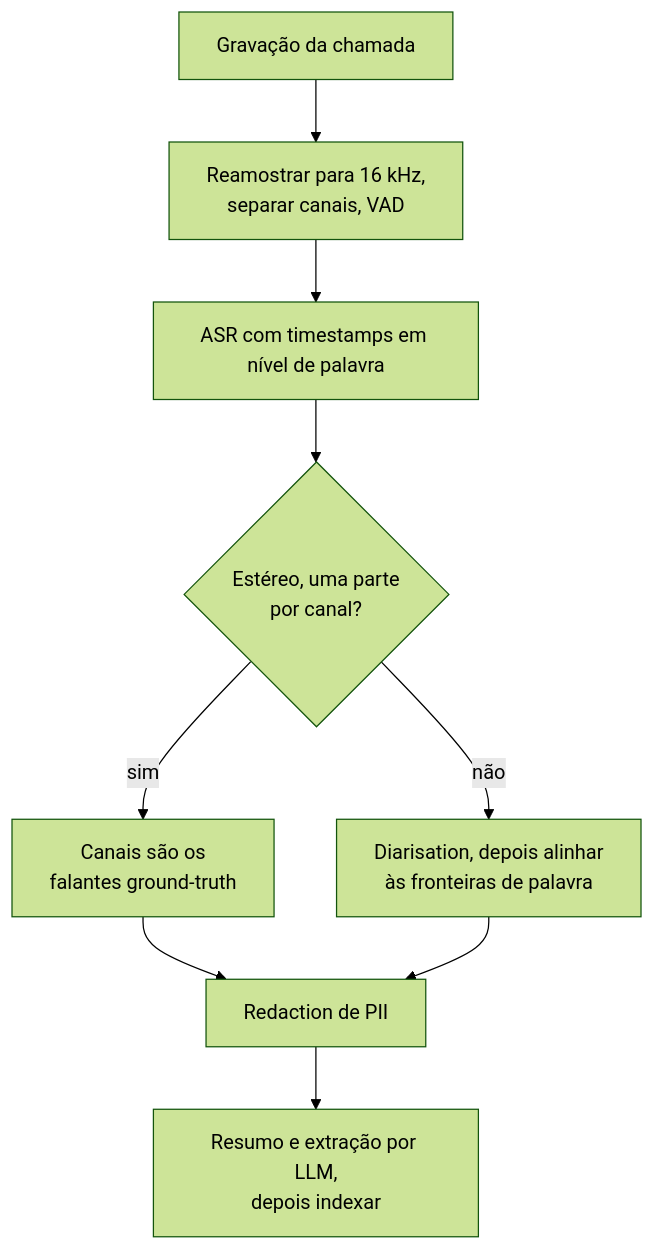
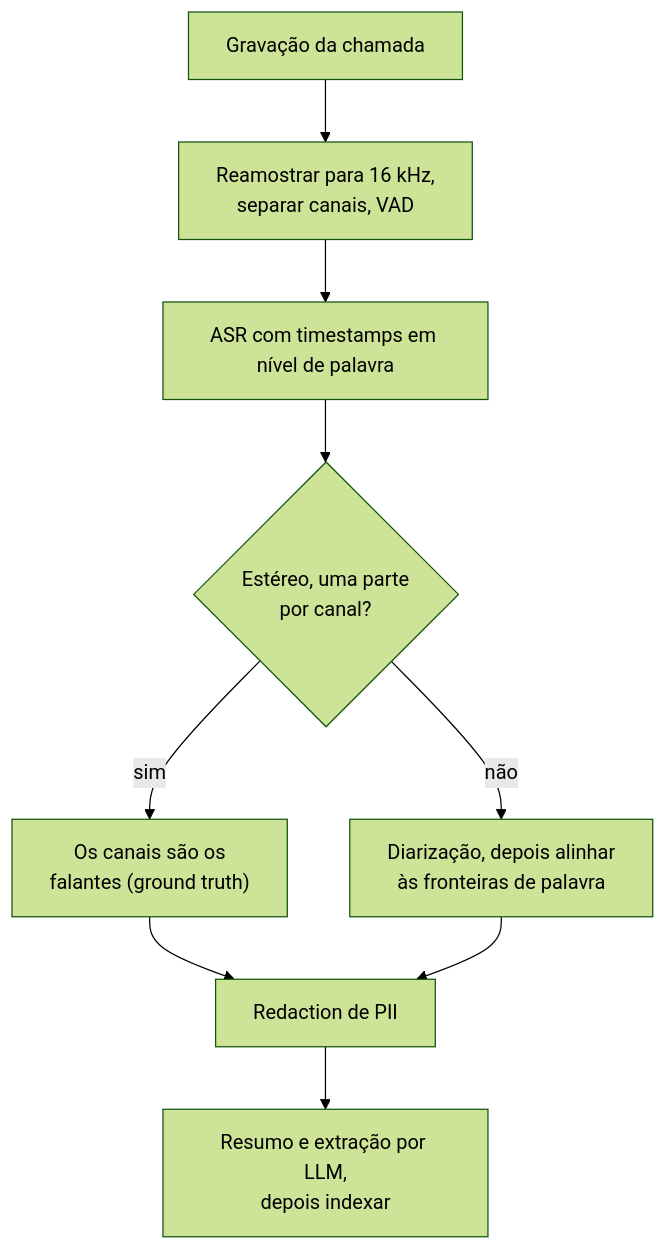
Before and after one commit to andrevberaldo/AI-Engineer-Interview-Questions: diagram 13 of 21 in 10-multimodal/questions.pt-BR.md, drawn with Mermaid (forest theme). The commit also changed other lines of this file and 1 other file, not shown here.

````diff
--- a/10-multimodal/questions.pt-BR.md
+++ b/10-multimodal/questions.pt-BR.md
@@ -568,11 +568,11 @@
 ```mermaid
 flowchart TD
     A["Gravação da chamada"] --> B["Reamostrar para 16 kHz,<br/>separar canais, VAD"]
     B --> C["ASR com timestamps em nível de palavra"]
     C --> D{"Estéreo, uma parte<br/>por canal?"}
-    D -->|"sim"| E["Canais são os<br/>falantes ground-truth"]
-    D -->|"não"| F["Diarisation, depois alinhar<br/>às fronteiras de palavra"]
+    D -->|"sim"| E["Os canais são os<br/>falantes (ground truth)"]
+    D -->|"não"| F["Diarização, depois alinhar<br/>às fronteiras de palavra"]
     E --> G["Redaction de PII"]
     F --> G
     G --> H["Resumo e extração por LLM,<br/>depois indexar"]
 ```
````
